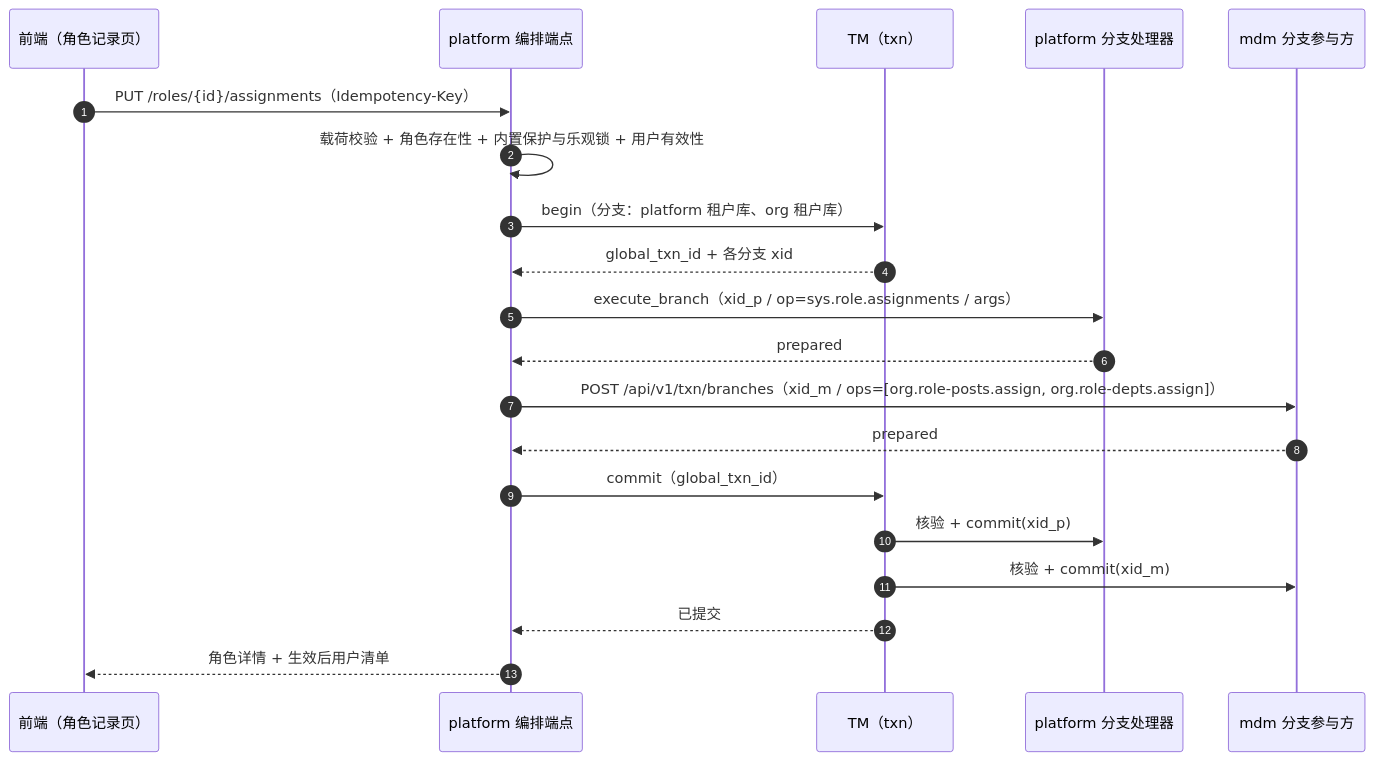
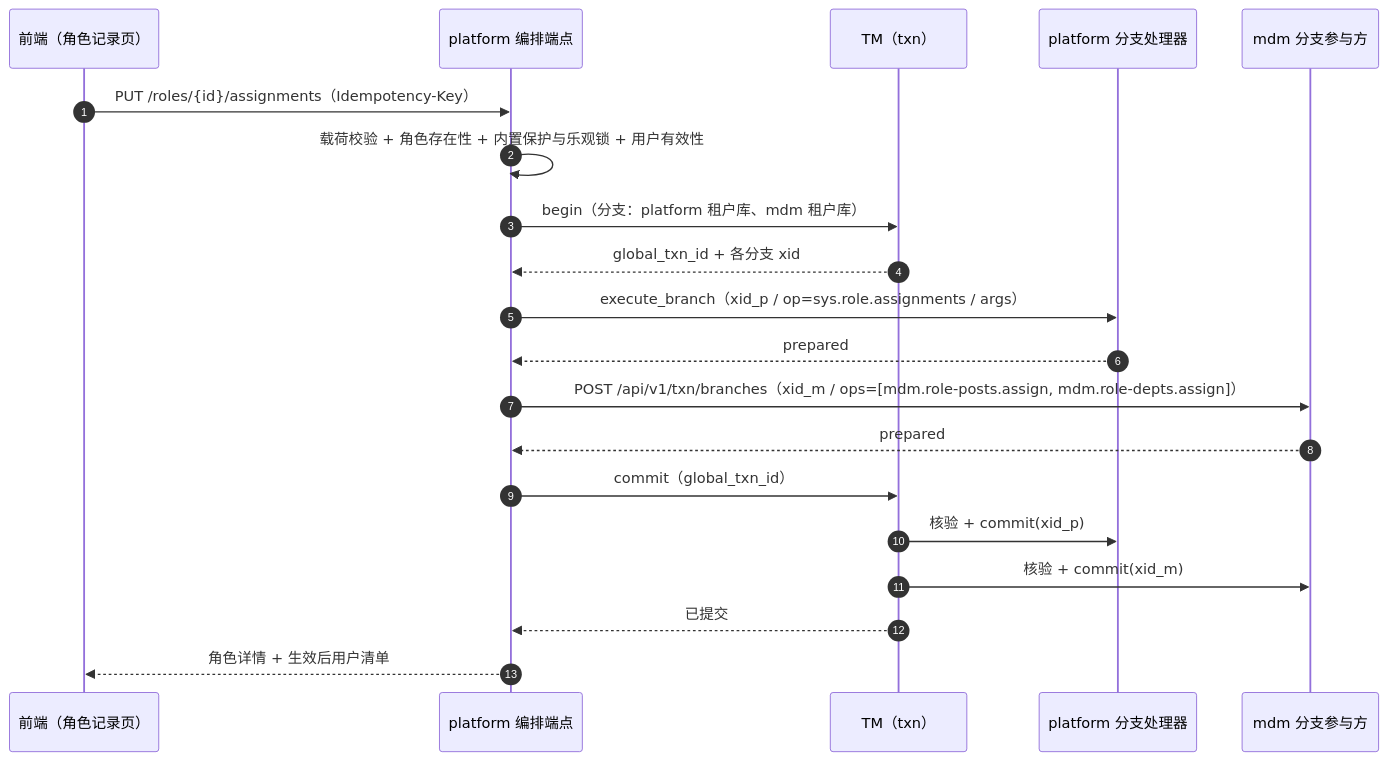
One commit to minjian123/basic-management-system changed the second of 3 diagrams in bms文档/项目/07_RBAC基础模块/任务/02_用户与角色/02_用户与角色_03_角色管理/02_用户与角色_03_角色管理_02_角色分配插件随宿主保存编排/设计/01_详细设计_02_角色分配插件随宿主保存编排.md. Above: the diagram before and after it, drawn with Mermaid. The commit also changed other lines of this file and 501 other files, not shown here.

````diff
--- a/bms文档/项目/07_RBAC基础模块/任务/02_用户与角色/02_用户与角色_03_角色管理/02_用户与角色_03_角色管理_02_角色分配插件随宿主保存编排/设计/01_详细设计_02_角色分配插件随宿主保存编排.md
+++ b/bms文档/项目/07_RBAC基础模块/任务/02_用户与角色/02_用户与角色_03_角色管理/02_用户与角色_03_角色管理_02_角色分配插件随宿主保存编排/设计/01_详细设计_02_角色分配插件随宿主保存编排.md
@@ -114,23 +114,23 @@
 ```mermaid
 sequenceDiagram
     autonumber
     participant H as 前端（角色记录页）
     participant O as platform 编排端点
     participant TM as TM（txn）
     participant PB as platform 分支处理器
     participant MB as mdm 分支参与方
 
     H->>O: PUT /roles/{id}/assignments（Idempotency-Key）
     O->>O: 载荷校验 + 角色存在性 + 内置保护与乐观锁 + 用户有效性
-    O->>TM: begin（分支：platform 租户库、org 租户库）
+    O->>TM: begin（分支：platform 租户库、mdm 租户库）
     TM-->>O: global_txn_id + 各分支 xid
     O->>PB: execute_branch（xid_p / op=sys.role.assignments / args）
     PB-->>O: prepared
-    O->>MB: POST /api/v1/txn/branches（xid_m / ops=[org.role-posts.assign, org.role-depts.assign]）
+    O->>MB: POST /api/v1/txn/branches（xid_m / ops=[mdm.role-posts.assign, mdm.role-depts.assign]）
     MB-->>O: prepared
     O->>TM: commit（global_txn_id）
     TM->>PB: 核验 + commit(xid_p)
     TM->>MB: 核验 + commit(xid_m)
     TM-->>O: 已提交
     O-->>H: 角色详情 + 生效后用户清单
 ```
````
